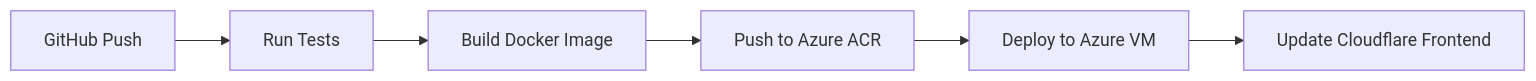
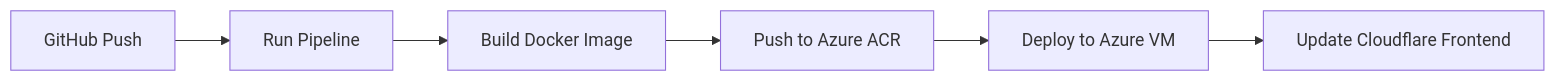
Before and after one commit to CodeWithTaskin/Shelf-Genie: the third of 3 diagrams in README.md, drawn with Mermaid. The commit also changed other lines of this file, not shown here.

````diff
--- a/README.md
+++ b/README.md
@@ -144,8 +142,8 @@
 ```mermaid
 graph LR
-A[GitHub Push] --> B[Run Tests]
+A[GitHub Push] --> B[Run Pipeline]
 B --> C[Build Docker Image]
 C --> D[Push to Azure ACR]
 D --> E[Deploy to Azure VM]
 E --> F[Update Cloudflare Frontend]
 ```
````
